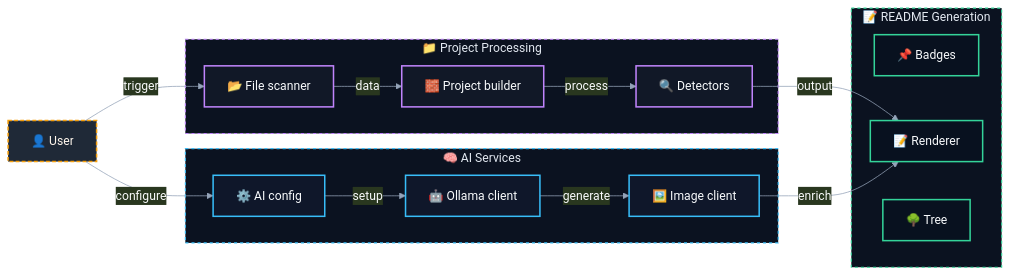
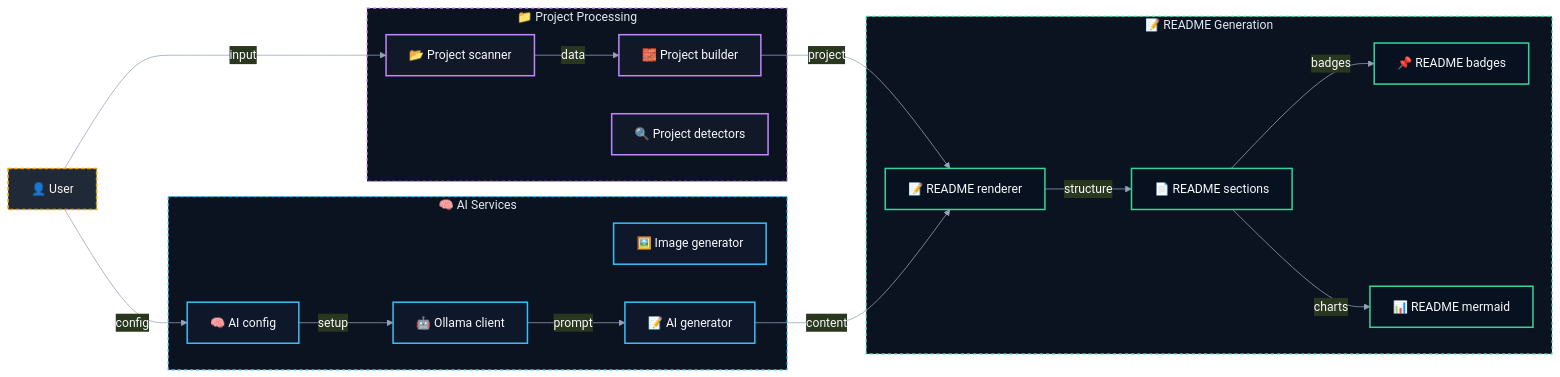
One commit to DavidTorro/README-GENERATOR changed the diagram in README.md. Above: the diagram before and after it, drawn with Mermaid. The commit also changed other lines of this file and 4 other files, not shown here.

````diff
--- a/README.md
+++ b/README.md
@@ -28,50 +28,54 @@
 ```mermaid
 %%{init: {
     "theme": "base",
     "themeVariables": {
         "primaryColor": "#1f2937",
         "primaryTextColor": "#f9fafb",
         "primaryBorderColor": "#60a5fa",
         "lineColor": "#94a3b8",
         "tertiaryColor": "#0f172a"
     }
 }}%%
 
 flowchart LR
     subgraph SG0["🧠 AI Services"]
-        ai_config["⚙️ AI config"]
-        image_client["🖼️ Image client"]
+        ai_config["🧠 AI config"]
         ollama_client["🤖 Ollama client"]
+        image_generator["🖼️ Image generator"]
+        ai_generator["📝 AI generator"]
     end
     subgraph SG1["📁 Project Processing"]
-        scanner["📂 File scanner"]
-        builder["🧱 Project builder"]
-        detectors["🔍 Detectors"]
+        project_scanner["📂 Project scanner"]
+        project_builder["🧱 Project builder"]
+        project_detectors["🔍 Project detectors"]
     end
     subgraph SG2["📝 README Generation"]
-        badges["📌 Badges"]
-        renderer["📝 Renderer"]
-        tree["🌳 Tree"]
+        readme_render["📝 README renderer"]
+        readme_sections["📄 README sections"]
+        readme_badges["📌 README badges"]
+        readme_mermaid["📊 README mermaid"]
     end
     user["👤 User"]
-    user -- "trigger" --> scanner
-    scanner -- "data" --> builder
-    builder -- "process" --> detectors
-    detectors -- "output" --> renderer
-    user -- "configure" --> ai_config
+    user -- "input" --> project_scanner
+    project_scanner -- "data" --> project_builder
+    project_builder -- "project" --> readme_render
+    user -- "config" --> ai_config
     ai_config -- "setup" --> ollama_client
-    ollama_client -- "generate" --> image_client
-    image_client -- "enrich" --> renderer
+    ollama_client -- "prompt" --> ai_generator
+    ai_generator -- "content" --> readme_render
+    readme_render -- "structure" --> readme_sections
+    readme_sections -- "badges" --> readme_badges
+    readme_sections -- "charts" --> readme_mermaid
 
     classDef g0 fill:#0f172a,stroke:#38bdf8,color:#f8fafc,stroke-width:2px;
-    class ai_config,image_client,ollama_client g0;
+    class ai_config,ollama_client,image_generator,ai_generator g0;
     classDef g1 fill:#111827,stroke:#c084fc,color:#f8fafc,stroke-width:2px;
-    class scanner,builder,detectors g1;
+    class project_scanner,project_builder,project_detectors g1;
     classDef g2 fill:#08111f,stroke:#34d399,color:#f8fafc,stroke-width:2px;
-    class badges,renderer,tree g2;
+    class readme_render,readme_sections,readme_badges,readme_mermaid g2;
     classDef actor fill:#1f2937,stroke:#f59e0b,color:#fff7ed,stroke-width:2px,stroke-dasharray: 5 3;
     class user actor;
     style SG0 fill:#0b1220,stroke:#38bdf8,stroke-width:1.5px,stroke-dasharray: 4 4,color:#e2e8f0
     style SG1 fill:#0b1220,stroke:#c084fc,stroke-width:1.5px,stroke-dasharray: 4 4,color:#e2e8f0
     style SG2 fill:#0b1220,stroke:#34d399,stroke-width:1.5px,stroke-dasharray: 4 4,color:#e2e8f0
 ```
````
